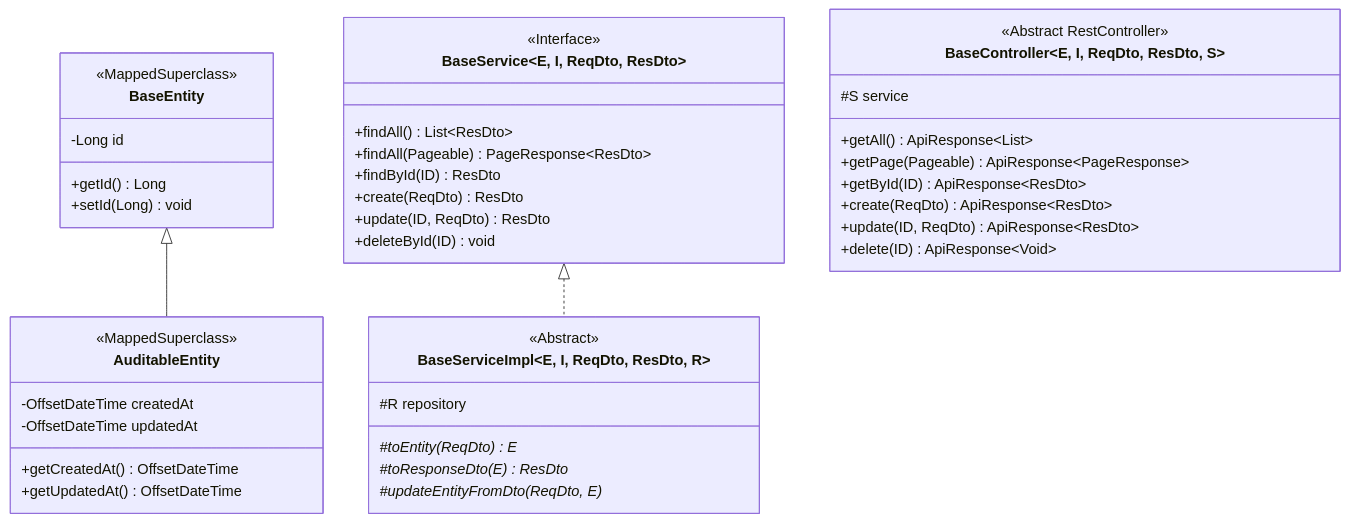
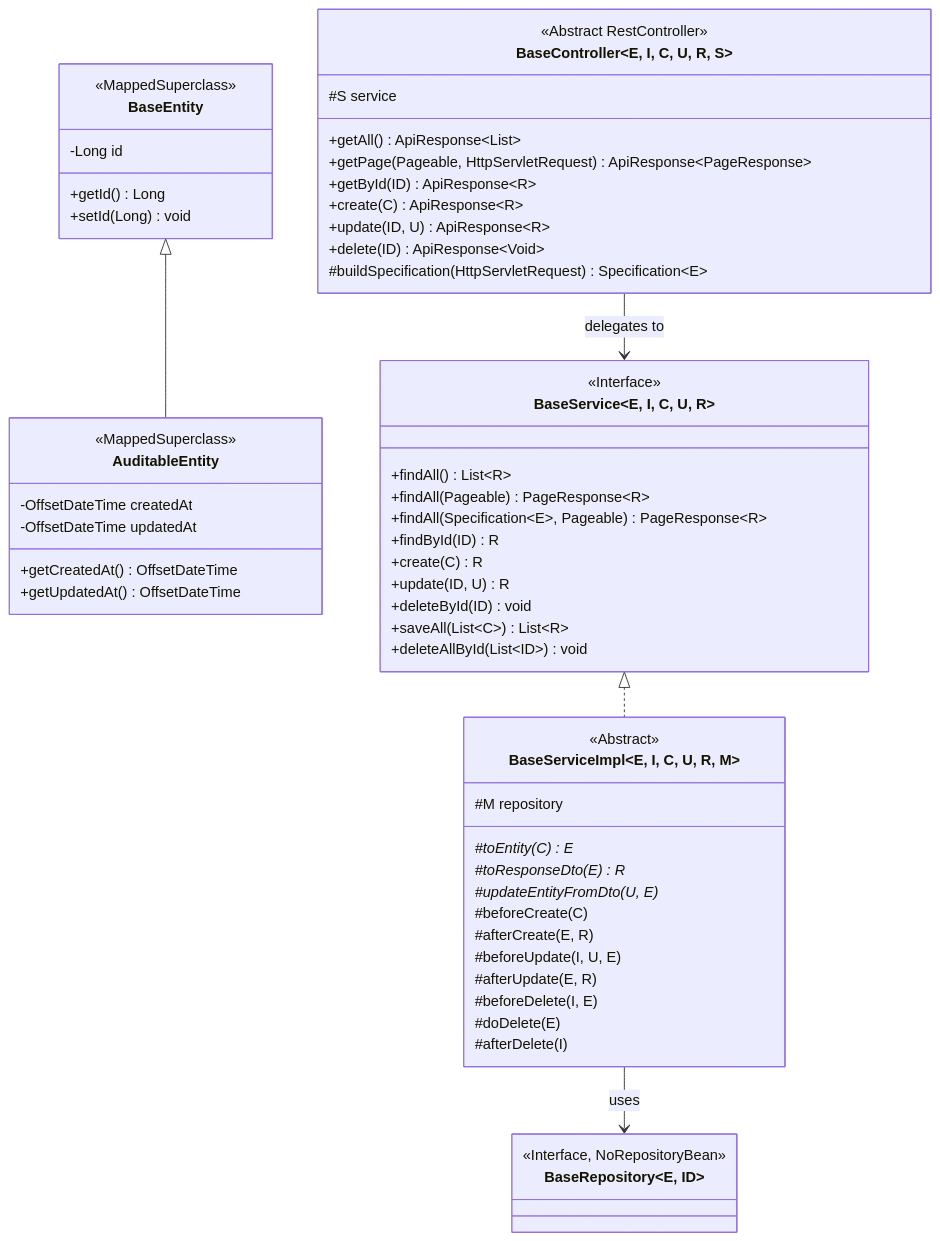
The diagram in server/docs/ai-guides/API_GENERATION_GUIDE.md (lethanhan01/mooc-clone), drawn with Mermaid before and after one commit. The commit also changed other lines of this file and 22 other files, not shown here.

````diff
--- a/server/docs/ai-guides/API_GENERATION_GUIDE.md
+++ b/server/docs/ai-guides/API_GENERATION_GUIDE.md
@@ -13,47 +13,64 @@
 ```mermaid
 classDiagram
     class BaseEntity {
         <<MappedSuperclass>>
         -Long id
         +getId() Long
         +setId(Long) void
     }
     class AuditableEntity {
         <<MappedSuperclass>>
         -OffsetDateTime createdAt
         -OffsetDateTime updatedAt
         +getCreatedAt() OffsetDateTime
         +getUpdatedAt() OffsetDateTime
     }
     BaseEntity <|-- AuditableEntity
 
-    class BaseService~E, I, ReqDto, ResDto~ {
-        <<Interface>>
-        +findAll() List~ResDto~
-        +findAll(Pageable) PageResponse~ResDto~
-        +findById(ID) ResDto
-        +create(ReqDto) ResDto
-        +update(ID, ReqDto) ResDto
-        +deleteById(ID) void
+    class BaseRepository~E, ID~ {
+        <<Interface, NoRepositoryBean>>
     }
 
-    class BaseServiceImpl~E, I, ReqDto, ResDto, R~ {
+    class BaseService~E, I, C, U, R~ {
+        <<Interface>>
+        +findAll() List~R~
+        +findAll(Pageable) PageResponse~R~
+        +findAll(Specification~E~, Pageable) PageResponse~R~
+        +findById(ID) R
+        +create(C) R
+        +update(ID, U) R
+        +deleteById(ID) void
+        +saveAll(List~C~) List~R~
+        +deleteAllById(List~ID~) void
+    }
+
+    class BaseServiceImpl~E, I, C, U, R, M~ {
         <<Abstract>>
-        #R repository
-        #toEntity(ReqDto) E*
-        #toResponseDto(E) ResDto*
-        #updateEntityFromDto(ReqDto, E)*
+        #M repository
+        #toEntity(C) E*
+        #toResponseDto(E) R*
+        #updateEntityFromDto(U, E)*
+        #beforeCreate(C)
+        #afterCreate(E, R)
+        #beforeUpdate(I, U, E)
+        #afterUpdate(E, R)
+        #beforeDelete(I, E)
+        #doDelete(E)
+        #afterDelete(I)
     }
     BaseService <|.. BaseServiceImpl
+    BaseServiceImpl --> BaseRepository : uses
 
-    class BaseController~E, I, ReqDto, ResDto, S~ {
+    class BaseController~E, I, C, U, R, S~ {
         <<Abstract RestController>>
         #S service
         +getAll() ApiResponse~List~
-        +getPage(Pageable) ApiResponse~PageResponse~
-        +getById(ID) ApiResponse~ResDto~
-        +create(ReqDto) ApiResponse~ResDto~
-        +update(ID, ReqDto) ApiResponse~ResDto~
+        +getPage(Pageable, HttpServletRequest) ApiResponse~PageResponse~
+        +getById(ID) ApiResponse~R~
+        +create(C) ApiResponse~R~
+        +update(ID, U) ApiResponse~R~
         +delete(ID) ApiResponse~Void~
+        #buildSpecification(HttpServletRequest) Specification~E~
     }
+    BaseController --> BaseService : delegates to
 ```
````
